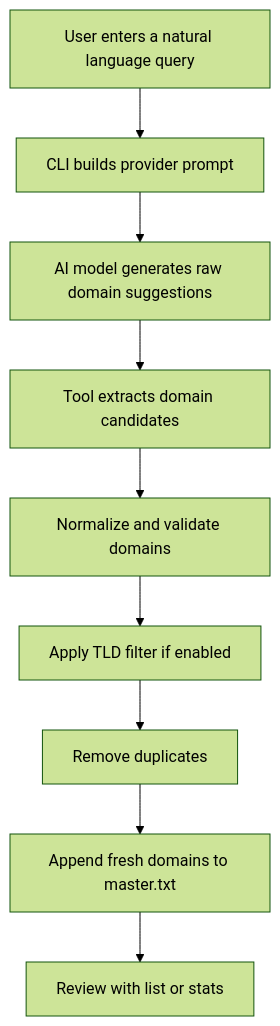
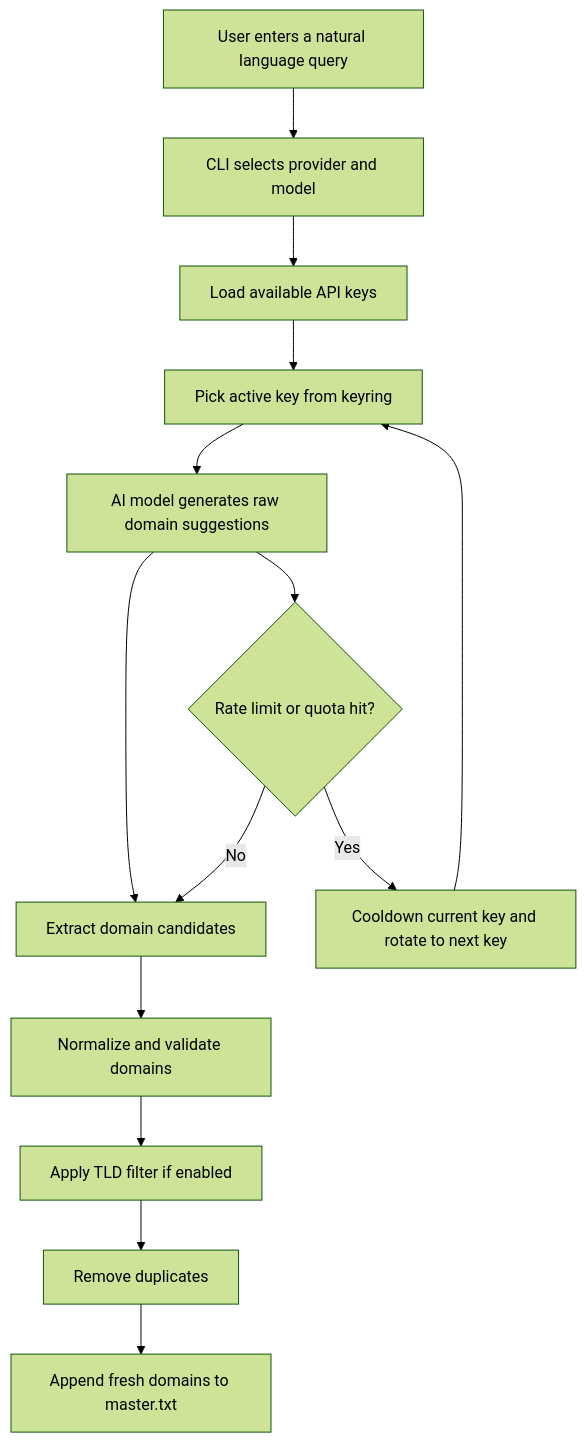
One commit to AnggaTechI/Domain-Grabber-AI changed the diagram in README.md. Above: the diagram before and after it, drawn with Mermaid (forest theme). The commit also changed other lines of this file, not shown here.

````diff
--- a/README.md
+++ b/README.md
@@ -106,11 +116,16 @@
 ```mermaid
 flowchart TD
-    A[User enters a natural language query] --> B[CLI builds provider prompt]
-    B --> C[AI model generates raw domain suggestions]
-    C --> D[Tool extracts domain candidates]
-    D --> E[Normalize and validate domains]
-    E --> F[Apply TLD filter if enabled]
-    F --> G[Remove duplicates]
-    G --> H[Append fresh domains to master.txt]
-    H --> I[Review with list or stats]
+    A[User enters a natural language query] --> B[CLI selects provider and model]
+    B --> C[Load available API keys]
+    C --> D[Pick active key from keyring]
+    D --> E[AI model generates raw domain suggestions]
+    E --> F[Extract domain candidates]
+    F --> G[Normalize and validate domains]
+    G --> H[Apply TLD filter if enabled]
+    H --> I[Remove duplicates]
+    I --> J[Append fresh domains to master.txt]
+    E --> K{Rate limit or quota hit?}
+    K -- Yes --> L[Cooldown current key and rotate to next key]
+    L --> D
+    K -- No --> F
 ```
````
